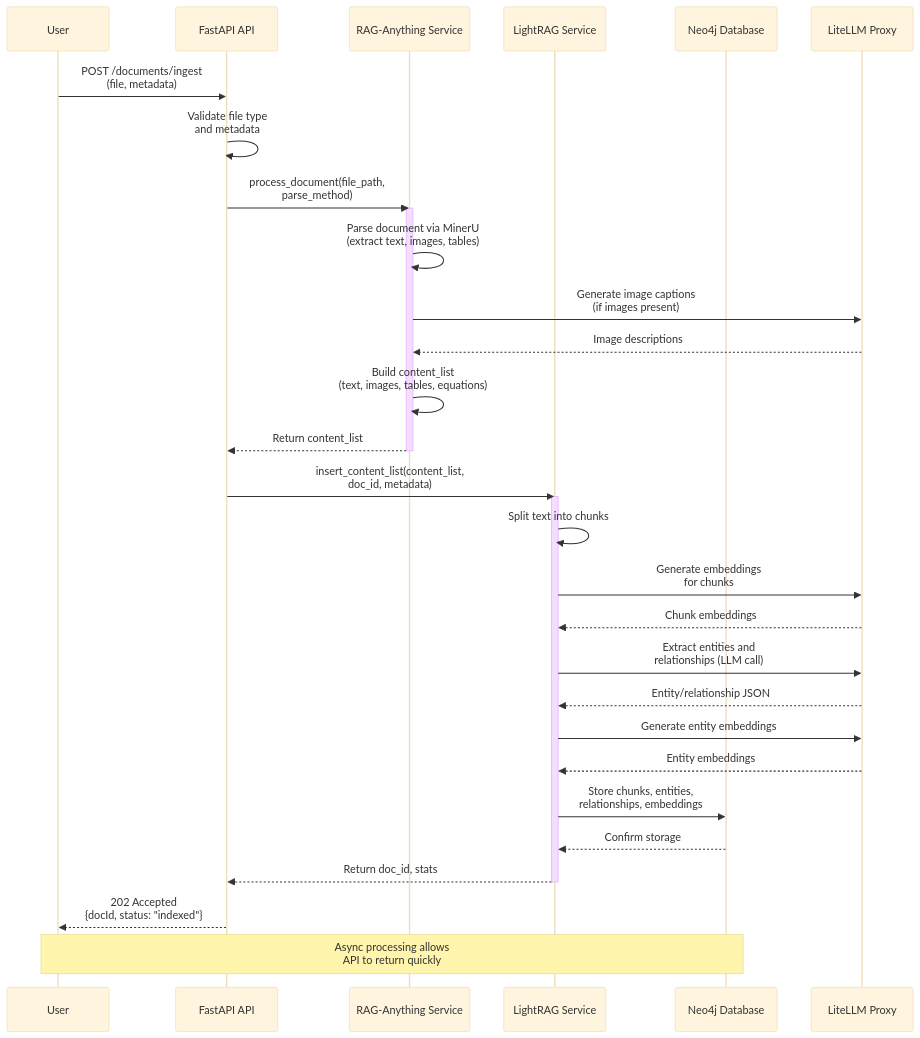
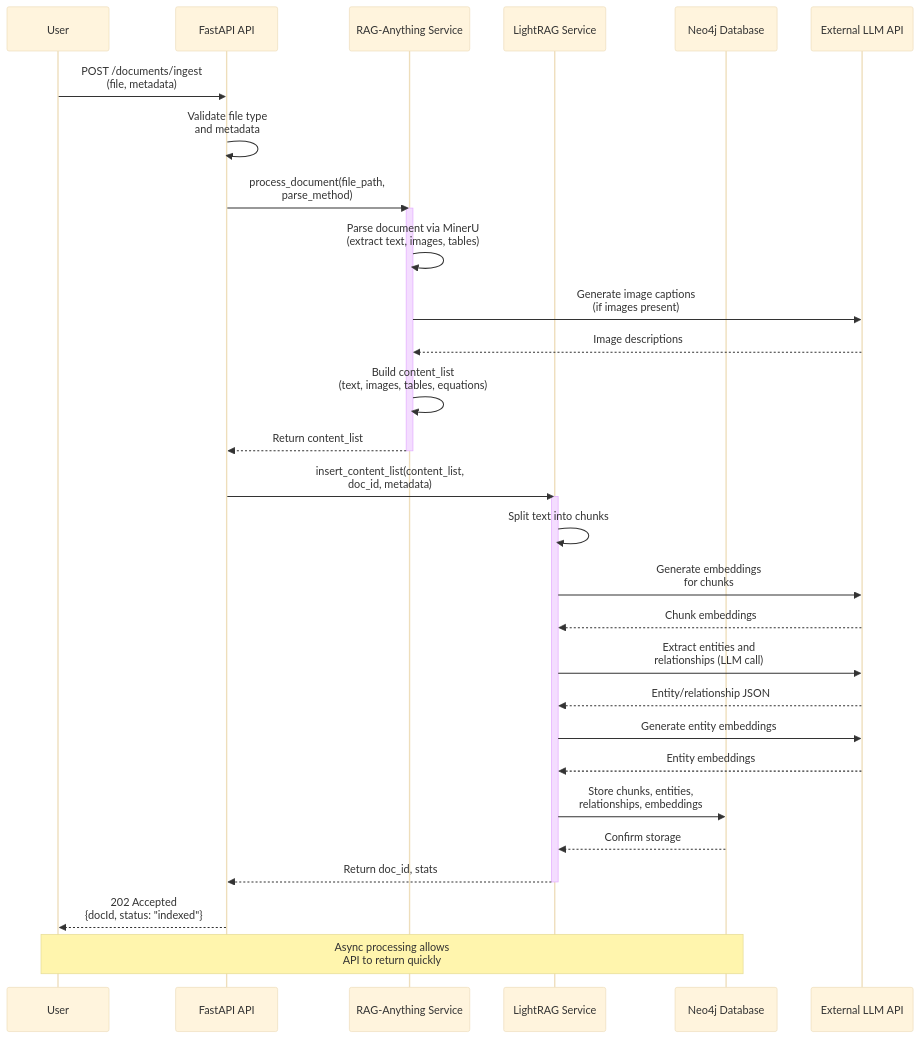
One commit to twattier/rag-engine changed the first of 3 diagrams in docs/architecture/core-workflows.md. Above: the diagram before and after it, drawn with Mermaid (base theme). The commit also changed other lines of this file and 23 other files, not shown here.

````diff
--- a/docs/architecture/core-workflows.md
+++ b/docs/architecture/core-workflows.md
@@ -5,38 +5,38 @@
 ```mermaid
 sequenceDiagram
     participant User
     participant API as FastAPI API
     participant RAG as RAG-Anything Service
     participant LR as LightRAG Service
     participant Neo4j as Neo4j Database
-    participant LLM as LiteLLM Proxy
+    participant LLM as External LLM API
 
     User->>API: POST /documents/ingest<br/>(file, metadata)
     API->>API: Validate file type<br/>and metadata
     API->>RAG: process_document(file_path,<br/>parse_method)
     activate RAG
     RAG->>RAG: Parse document via MinerU<br/>(extract text, images, tables)
     RAG->>LLM: Generate image captions<br/>(if images present)
     LLM-->>RAG: Image descriptions
     RAG->>RAG: Build content_list<br/>(text, images, tables, equations)
     RAG-->>API: Return content_list
     deactivate RAG
 
     API->>LR: insert_content_list(content_list,<br/>doc_id, metadata)
     activate LR
     LR->>LR: Split text into chunks
     LR->>LLM: Generate embeddings<br/>for chunks
     LLM-->>LR: Chunk embeddings
     LR->>LLM: Extract entities and<br/>relationships (LLM call)
     LLM-->>LR: Entity/relationship JSON
     LR->>LLM: Generate entity embeddings
     LLM-->>LR: Entity embeddings
     LR->>Neo4j: Store chunks, entities,<br/>relationships, embeddings
     Neo4j-->>LR: Confirm storage
     LR-->>API: Return doc_id, stats
     deactivate LR
 
     API-->>User: 202 Accepted<br/>{docId, status: "indexed"}
 
     Note over User,Neo4j: Async processing allows<br/>API to return quickly
 ```
````
